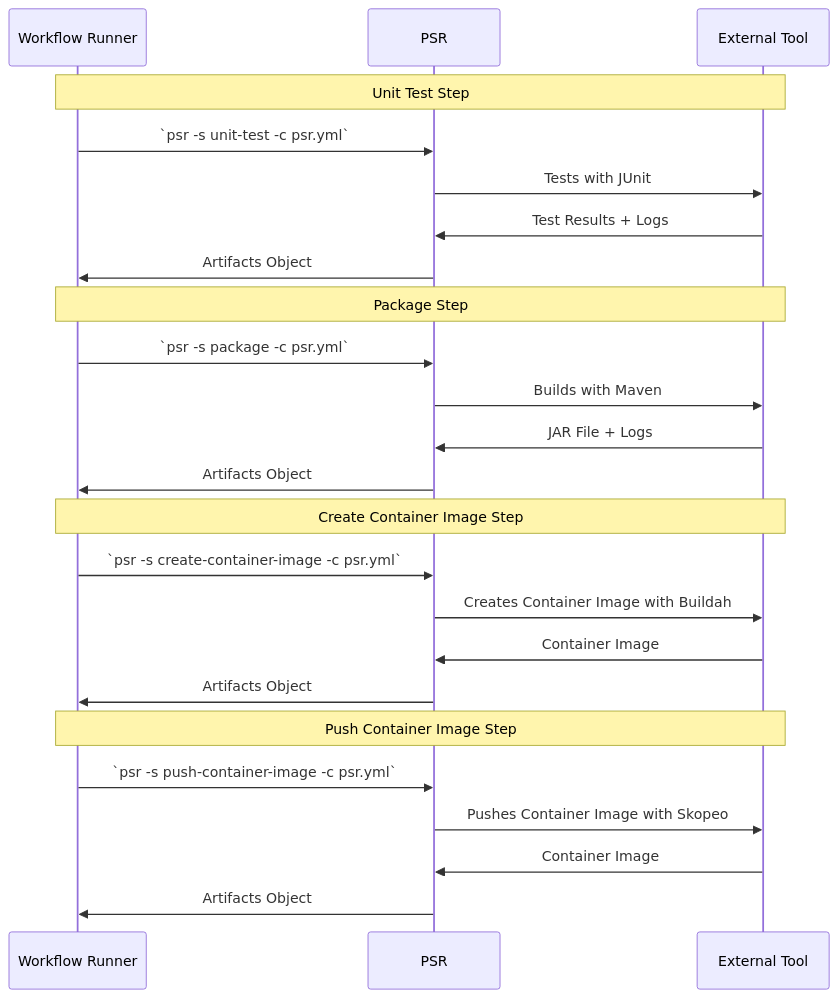
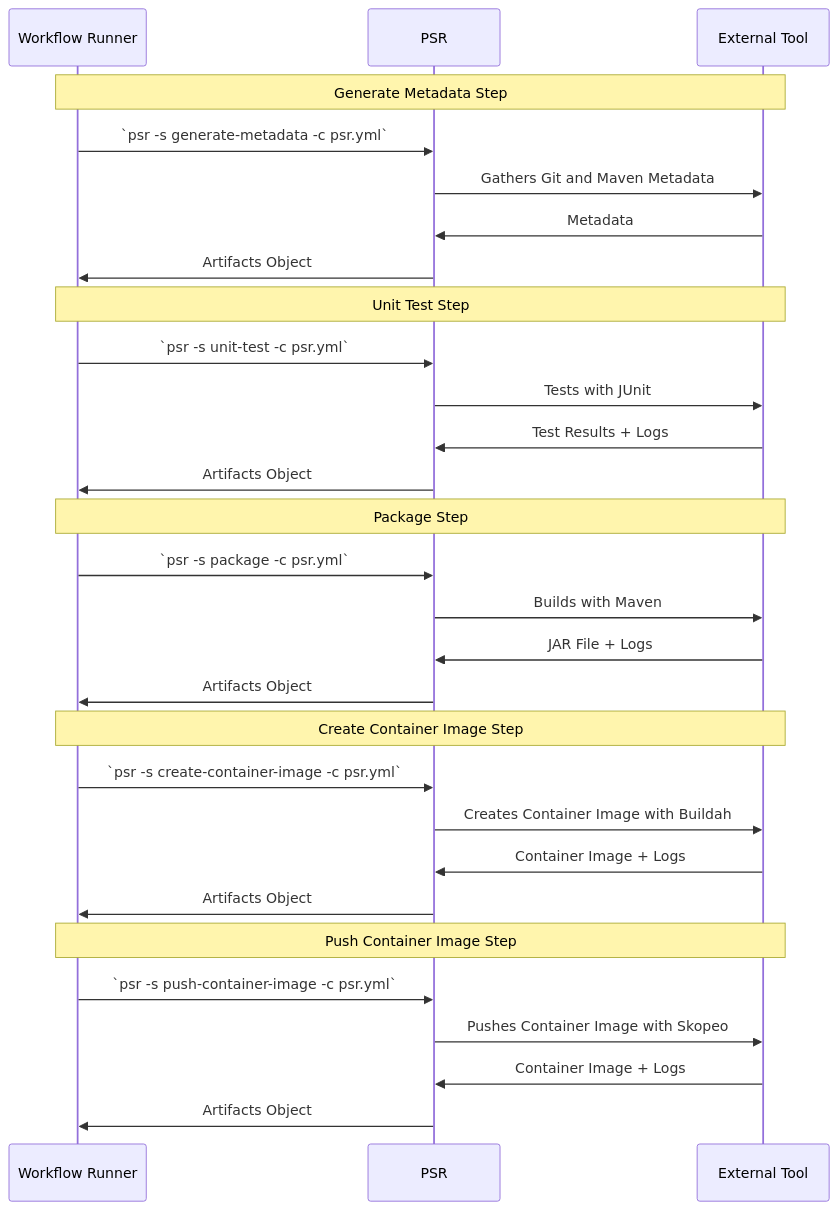
One commit to ploigos/ploigos-step-runner changed the first of 2 diagrams in docs/end-to-end.md. Above: the diagram before and after it, drawn with Mermaid. The commit also changed other lines of this file, not shown here.

Commit message:
Add generate-metadata step for Maven diagram

````diff
--- a/docs/end-to-end.md
+++ b/docs/end-to-end.md
@@ -129,30 +129,36 @@
 ```mermaid
 sequenceDiagram
     participant wr as Workflow Runner
     participant psr as PSR
     participant tool as External Tool
+
+    Note over wr,tool: Generate Metadata Step
+    wr->>psr: `psr -s generate-metadata -c psr.yml`
+    psr->>tool: Gathers Git and Maven Metadata
+    tool->>psr: Metadata
+    psr->>wr: Artifacts Object
 
     Note over wr,tool: Unit Test Step
     wr->>psr: `psr -s unit-test -c psr.yml`
     psr->>tool: Tests with JUnit
     tool->>psr: Test Results + Logs
     psr->>wr: Artifacts Object
 
     Note over wr,tool: Package Step
     wr->>psr: `psr -s package -c psr.yml`
     psr->>tool: Builds with Maven
     tool->>psr: JAR File + Logs
     psr->>wr: Artifacts Object
 
     Note over wr,tool: Create Container Image Step
     wr->>psr: `psr -s create-container-image -c psr.yml`
     psr->>tool: Creates Container Image with Buildah
-    tool->>psr: Container Image
+    tool->>psr: Container Image + Logs
     psr->>wr: Artifacts Object
 
     Note over wr,tool: Push Container Image Step
     wr->>psr: `psr -s push-container-image -c psr.yml`
     psr->>tool: Pushes Container Image with Skopeo
-    tool->>psr: Container Image
+    tool->>psr: Container Image + Logs
     psr->>wr: Artifacts Object
 ```
````
